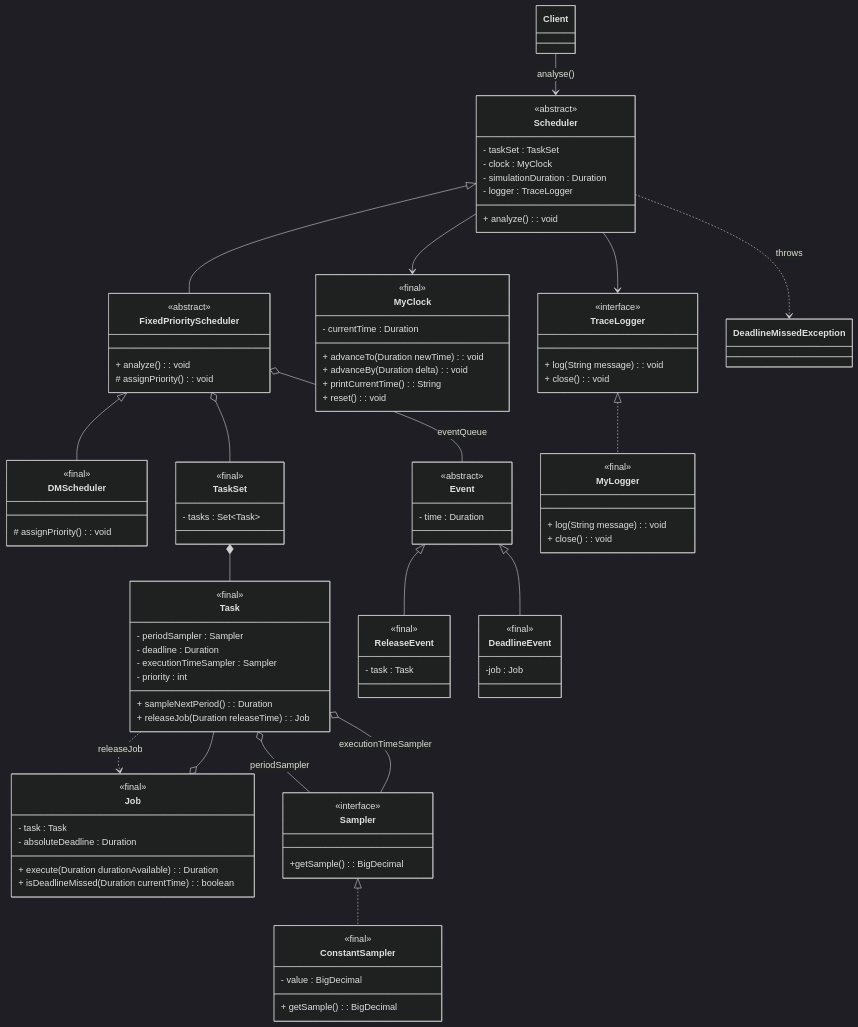
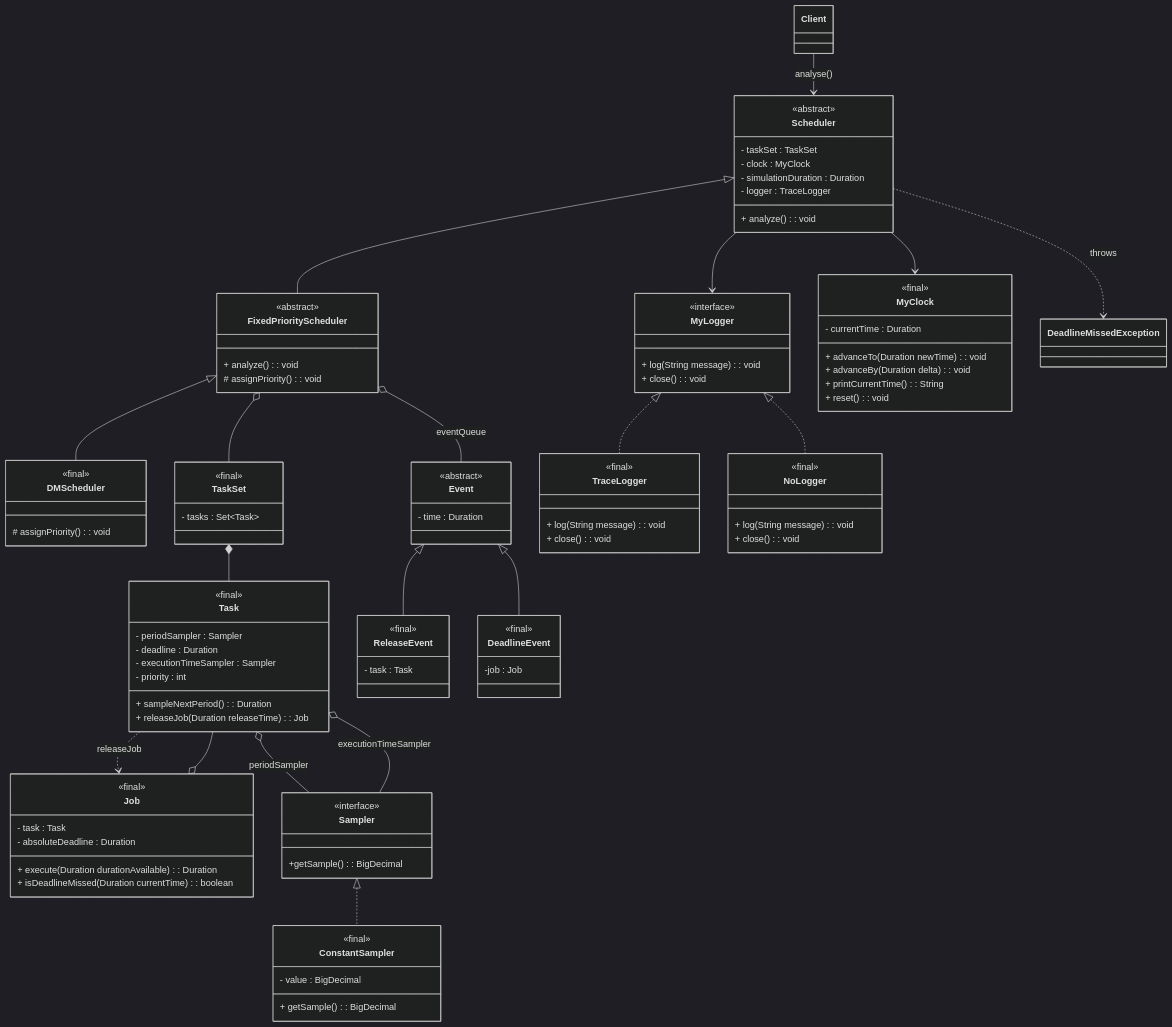
Before and after one commit to edoardosarri24/probabilistic-soft-real-time-analysis: the diagram in report/images/1-simulator/class_diagram.mmd, drawn with Mermaid (dark theme). The commit also changed 11 other files, not shown here.

```diff
--- a/report/images/1-simulator/class_diagram.mmd
+++ b/report/images/1-simulator/class_diagram.mmd
@@ -1,118 +1,128 @@
 classDiagram
 
     %% Scheduler
     class Scheduler {
         <<abstract>>
         - taskSet : TaskSet
         - clock : MyClock
         - simulationDuration : Duration
         - logger : TraceLogger
         + analyze() : void
     }
 
     class FixedPriorityScheduler {
         <<abstract>>
         + analyze() : void
         # assignPriority() : void
     }
 
     class DMScheduler {
         <<final>>
         # assignPriority() : void
     }
 
     %% TaskSet
     class TaskSet {
         <<final>>
         - tasks : Set~Task~
     }
 
     class Task {
         <<final>>
         - periodSampler : Sampler
         - deadline : Duration
         - executionTimeSampler : Sampler
         - priority : int
         + sampleNextPeriod() : Duration
         + releaseJob(Duration releaseTime) : Job
     }
 
     class Job {
         <<final>>
         - task : Task
         - absoluteDeadline : Duration
         + execute(Duration durationAvailable) : Duration
         + isDeadlineMissed(Duration currentTime) : boolean
     }
 
     %% Event
     class Event {
         <<abstract>>
         - time : Duration
     }
 
     class ReleaseEvent {
         <<final>>
         - task : Task
     }
 
     class DeadlineEvent {
         <<final>>
         -job : Job
     }
 
+    %% Logger
+    class MyLogger {
+        <<interface>>
+        + log(String message) : void
+        + close() : void
+    }
+
+    class TraceLogger {
+        <<final>>
+        + log(String message) : void
+        + close() : void
+    }
+
+    class NoLogger {
+        <<final>>
+        + log(String message) : void
+        + close() : void
+    }
+
     %% Utils
     class MyClock {
         <<final>>
         - currentTime : Duration
         + advanceTo(Duration newTime) : void
         + advanceBy(Duration delta) : void
         + printCurrentTime() : String
         + reset() : void
-    }
-
-    class TraceLogger {
-        <<interface>>
-        + log(String message) : void
-        + close() : void
-    }
-
-    class MyLogger {
-        <<final>>
-        + log(String message) : void
-        + close() : void
     }
 
     class Sampler {
         <<interface>>
         +getSample() : BigDecimal
     }
 
     class ConstantSampler {
         <<final>>
         - value : BigDecimal
         + getSample() : BigDecimal
     }
 
     %% Relationships
     Client --> Scheduler : analyse()
     %% Scheduler
     Scheduler <|-- FixedPriorityScheduler
     FixedPriorityScheduler <|-- DMScheduler
     Scheduler --> MyClock
-    Scheduler --> TraceLogger
+    Scheduler --> MyLogger
     FixedPriorityScheduler o-- TaskSet
     FixedPriorityScheduler o-- Event : eventQueue
     Scheduler ..> DeadlineMissedException : throws
     %% TaskSet
     TaskSet *-- Task
     Job o-- Task
     Task o-- Sampler : periodSampler
     Task o-- Sampler : executionTimeSampler
     Task ..> Job : releaseJob
     %% Event
     Event <|-- ReleaseEvent
     Event <|-- DeadlineEvent
+    %% Logger
+    MyLogger <|.. TraceLogger
+    MyLogger <|.. NoLogger
+
     %% Utils
-    TraceLogger <|.. MyLogger
     Sampler <|.. ConstantSampler
```
